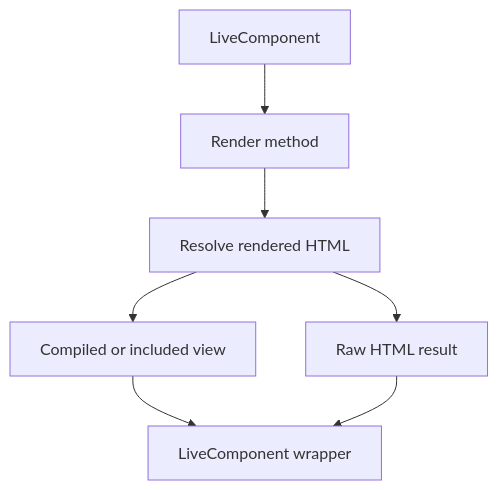
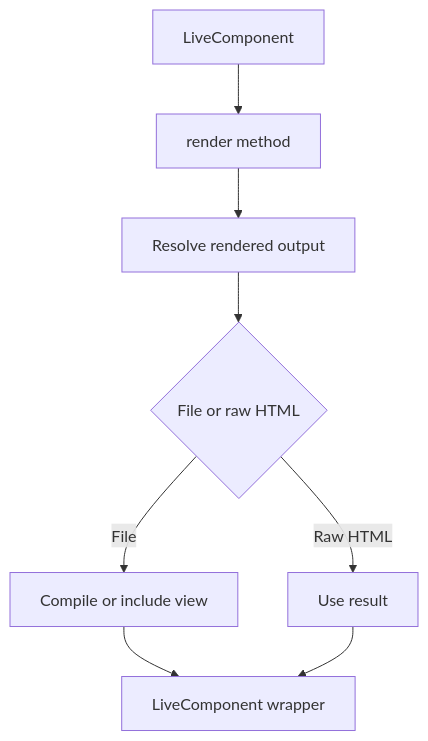
The fourth of 5 diagrams in documentation/handbook/06-sppview-and-bladeone.md (shuklasp/spp), drawn with Mermaid before and after one commit. The commit also changed other lines of this file, not shown here.

````diff
--- a/documentation/handbook/06-sppview-and-bladeone.md
+++ b/documentation/handbook/06-sppview-and-bladeone.md
@@ -99,9 +320,10 @@
 ```mermaid
 flowchart TD
-    A[LiveComponent] --> B[Render method]
-    B --> C[Resolve rendered HTML]
-    C --> D[Compiled or included view]
-    C --> E[Raw HTML result]
-    D --> F[LiveComponent wrapper]
-    E --> F
+    A[LiveComponent] --> B[render method]
+    B --> C[Resolve rendered output]
+    C --> D{File or raw HTML}
+    D -- File --> E[Compile or include view]
+    D -- Raw HTML --> F[Use result]
+    E --> G[LiveComponent wrapper]
+    F --> G
 ```
````
